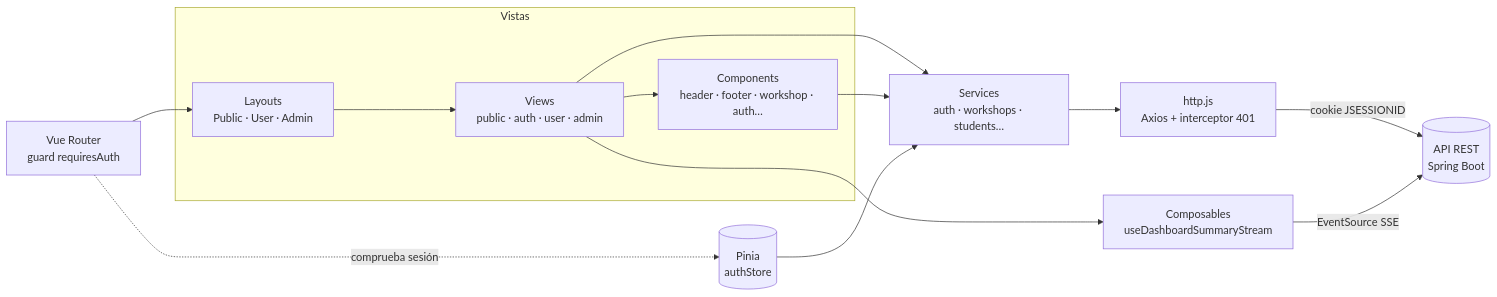
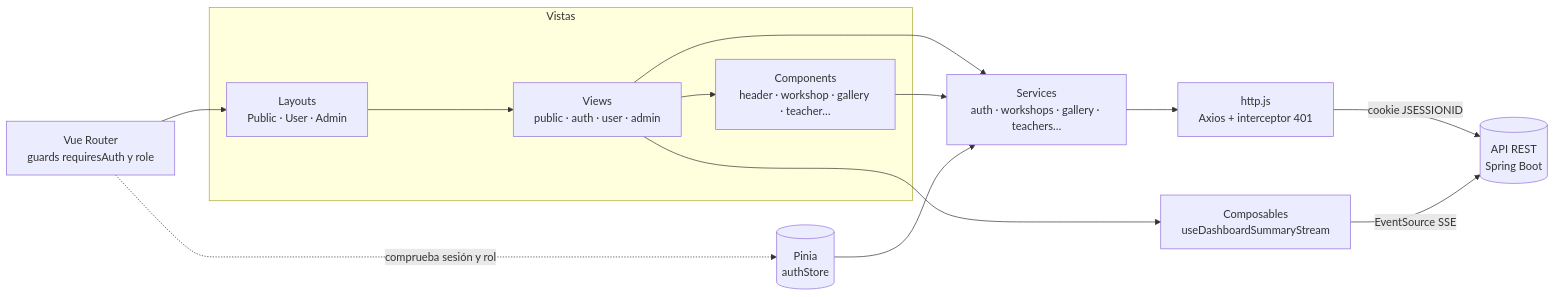
Before and after one commit to duran-ni/web-educAlba-frontend: the diagram in README.md, drawn with Mermaid. The commit also changed other lines of this file, not shown here.

Commit message:
docs: update README with current features, diagrams and test stats

````diff
--- a/README.md
+++ b/README.md
@@ -161,22 +168,22 @@
 ```mermaid
 flowchart LR
     subgraph Vistas
         V[Views<br/>public · auth · user · admin]
         L[Layouts<br/>Public · User · Admin]
-        C[Components<br/>header · footer · workshop · auth…]
+        C[Components<br/>header · workshop · gallery · teacher…]
     end
-    R[Vue Router<br/>guard requiresAuth]
+    R[Vue Router<br/>guards requiresAuth y role]
     S[(Pinia<br/>authStore)]
     CO[Composables<br/>useDashboardSummaryStream]
-    SV[Services<br/>auth · workshops · students…]
+    SV[Services<br/>auth · workshops · gallery · teachers…]
     H[http.js<br/>Axios + interceptor 401]
     API[(API REST<br/>Spring Boot)]
 
     R --> L --> V --> C
-    R -. comprueba sesión .-> S
+    R -. comprueba sesión y rol .-> S
     V --> SV
     C --> SV
     S --> SV
     SV --> H -->|cookie JSESSIONID| API
     V --> CO -->|EventSource SSE| API
 ```
````
